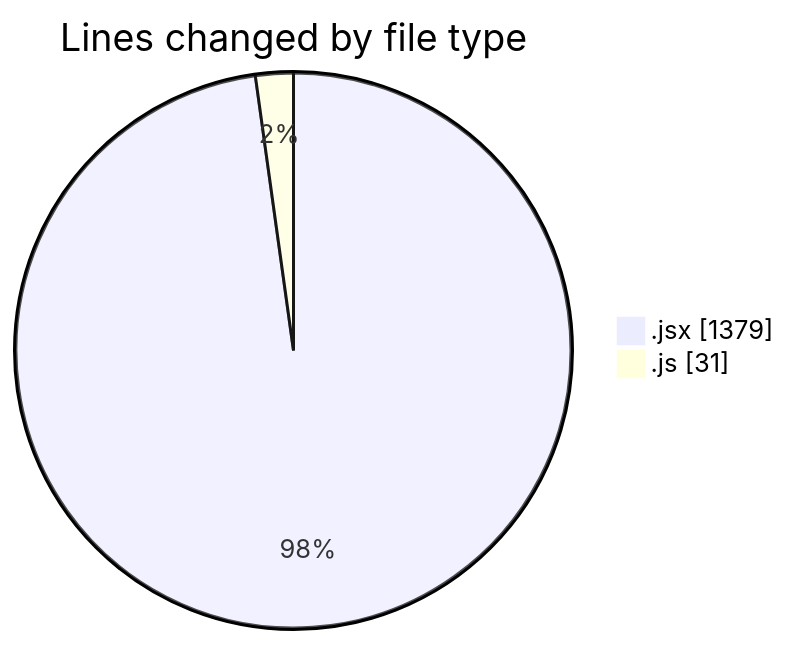
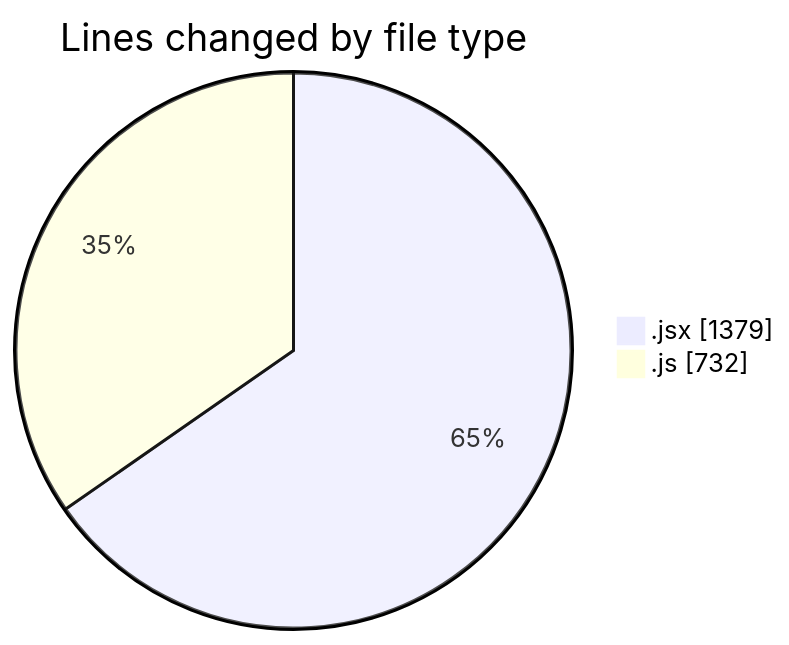
The first of 2 diagrams in 2025-08-04/nxtqube_webapp/README.md (nxtqubesakshisongat/code-tracking), drawn with Mermaid before and after one commit. The commit also changed other lines of this file and 1 other file, not shown here.

````diff
--- a/2025-08-04/nxtqube_webapp/README.md
+++ b/2025-08-04/nxtqube_webapp/README.md
@@ -22,6 +23,6 @@
 ```mermaid
 pie showData
 title Lines changed by file type
 ".jsx" : 1379
-".js" : 31
+".js" : 732
 ```
````
